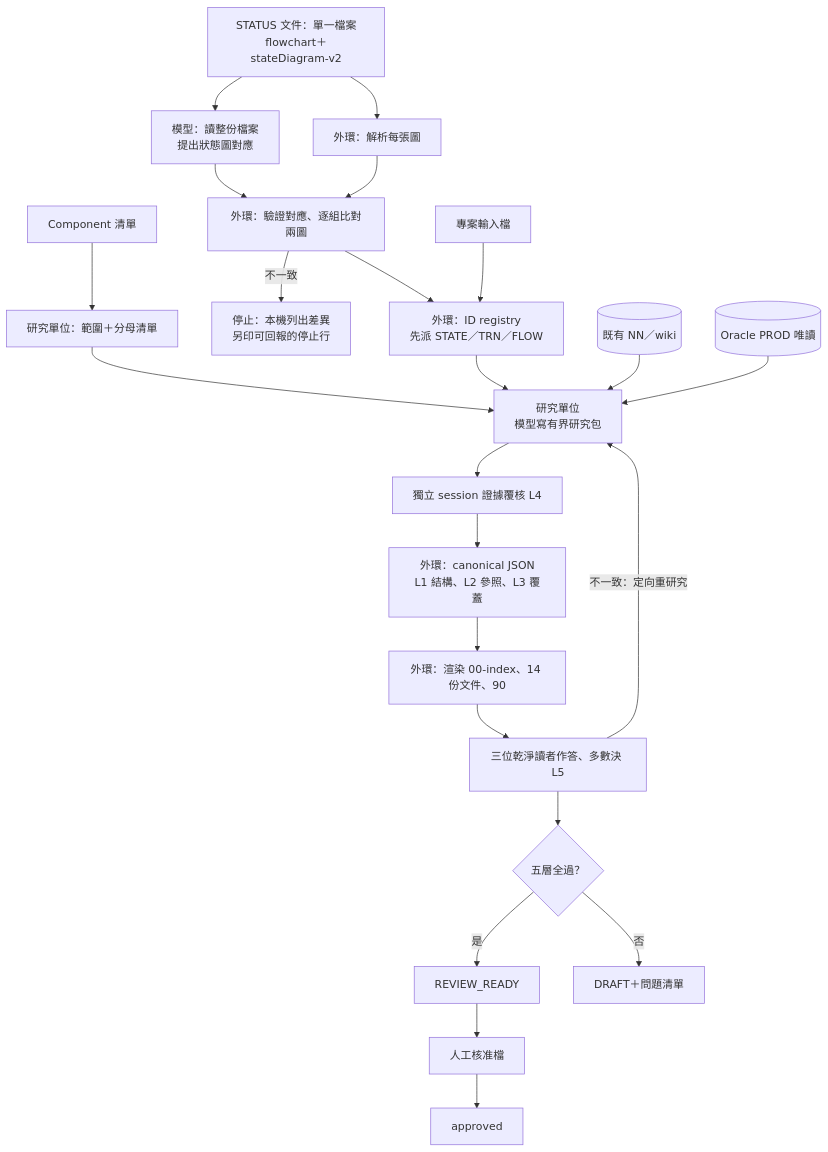
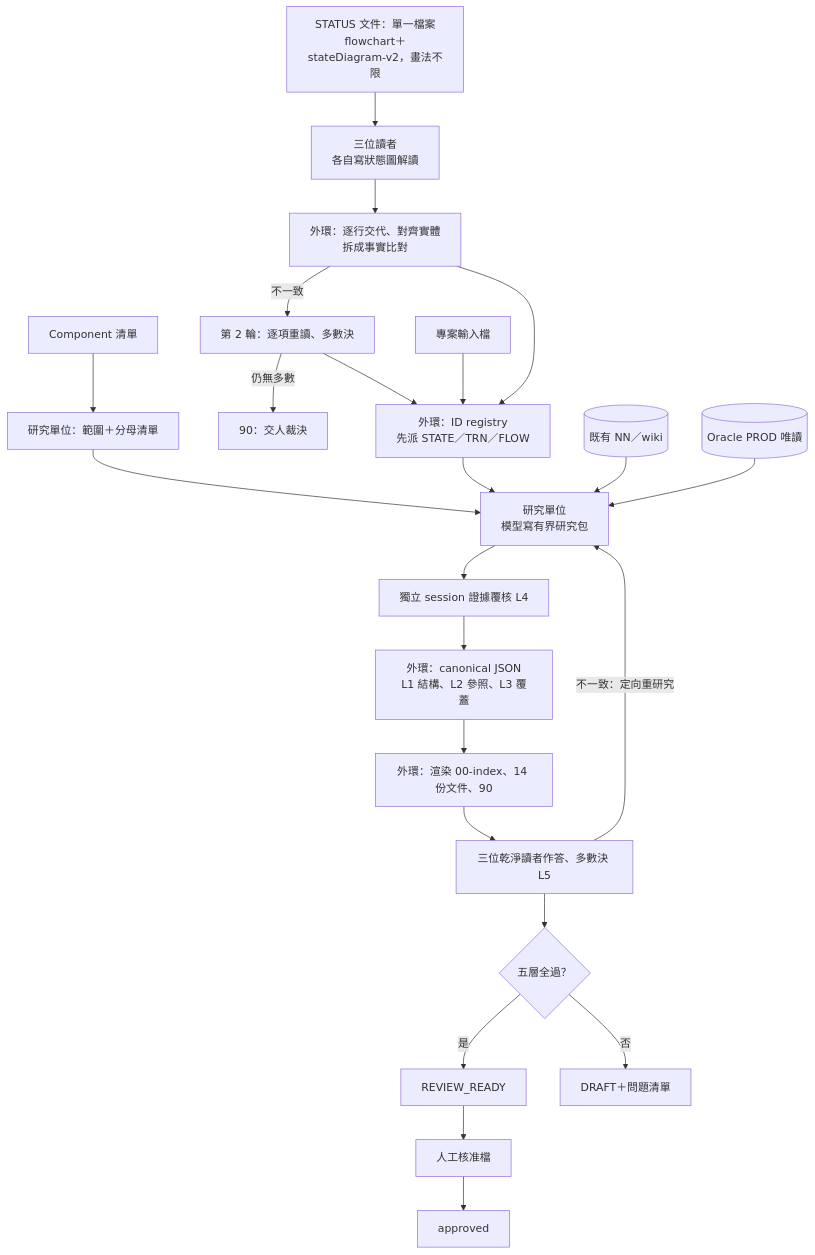
The first of 3 diagrams in docs/design/spec-schema-framework.md (jonny50905/MCPSample), drawn with Mermaid before and after one commit. The commit also changed other lines of this file and 42 other files, not shown here.

First line of the commit message:
docs(design): issue #37 不規定 Mermaid 畫法——狀態圖改由三位讀者解讀、外環逐行檢查並多數決（D24）

````diff
--- a/docs/design/spec-schema-framework.md
+++ b/docs/design/spec-schema-framework.md
@@ -66,24 +67,24 @@
 ```mermaid
 flowchart TD
     C[Component 清單] --> SCOPE
-    S[STATUS 文件：單一檔案<br/>flowchart＋stateDiagram-v2] --> MAP[模型：讀整份檔案<br/>提出狀態圖對應]
-    S --> PARSE[外環：解析每張圖]
-    MAP --> CHECK[外環：驗證對應、逐組比對兩圖]
-    PARSE --> CHECK
-    CHECK -->|不一致| STOP[停止：本機列出差異<br/>另印可回報的停止行]
+    S[STATUS 文件：單一檔案<br/>flowchart＋stateDiagram-v2，畫法不限] --> READ[三位讀者<br/>各自寫狀態圖解讀]
+    READ --> CHECK[外環：逐行交代、對齊實體<br/>拆成事實比對]
+    CHECK -->|不一致| R2[第 2 輪：逐項重讀、多數決]
+    R2 -->|仍無多數| Q90[90：交人裁決]
+    R2 --> REG
     CHECK --> REG[外環：ID registry<br/>先派 STATE／TRN／FLOW]
     P[專案輸入檔] --> REG
     REG --> UNITS
     SCOPE[研究單位：範圍＋分母清單] --> UNITS[研究單位<br/>模型寫有界研究包]
     K[(既有 NN／wiki)] --> UNITS
     O[(Oracle PROD 唯讀)] --> UNITS
     UNITS --> REVIEW[獨立 session 證據覆核 L4]
     REVIEW --> CANON[外環：canonical JSON<br/>L1 結構、L2 參照、L3 覆蓋]
     CANON --> RENDER[外環：渲染 00-index、14 份文件、90]
     RENDER --> READER[三位乾淨讀者作答、多數決 L5]
     READER -->|不一致：定向重研究| UNITS
     READER --> GATE{五層全過？}
     GATE -->|是| RR[REVIEW_READY]
     GATE -->|否| DRAFT[DRAFT＋問題清單]
     RR --> HUMAN[人工核准檔] --> APPROVED[approved]
 ```
````
